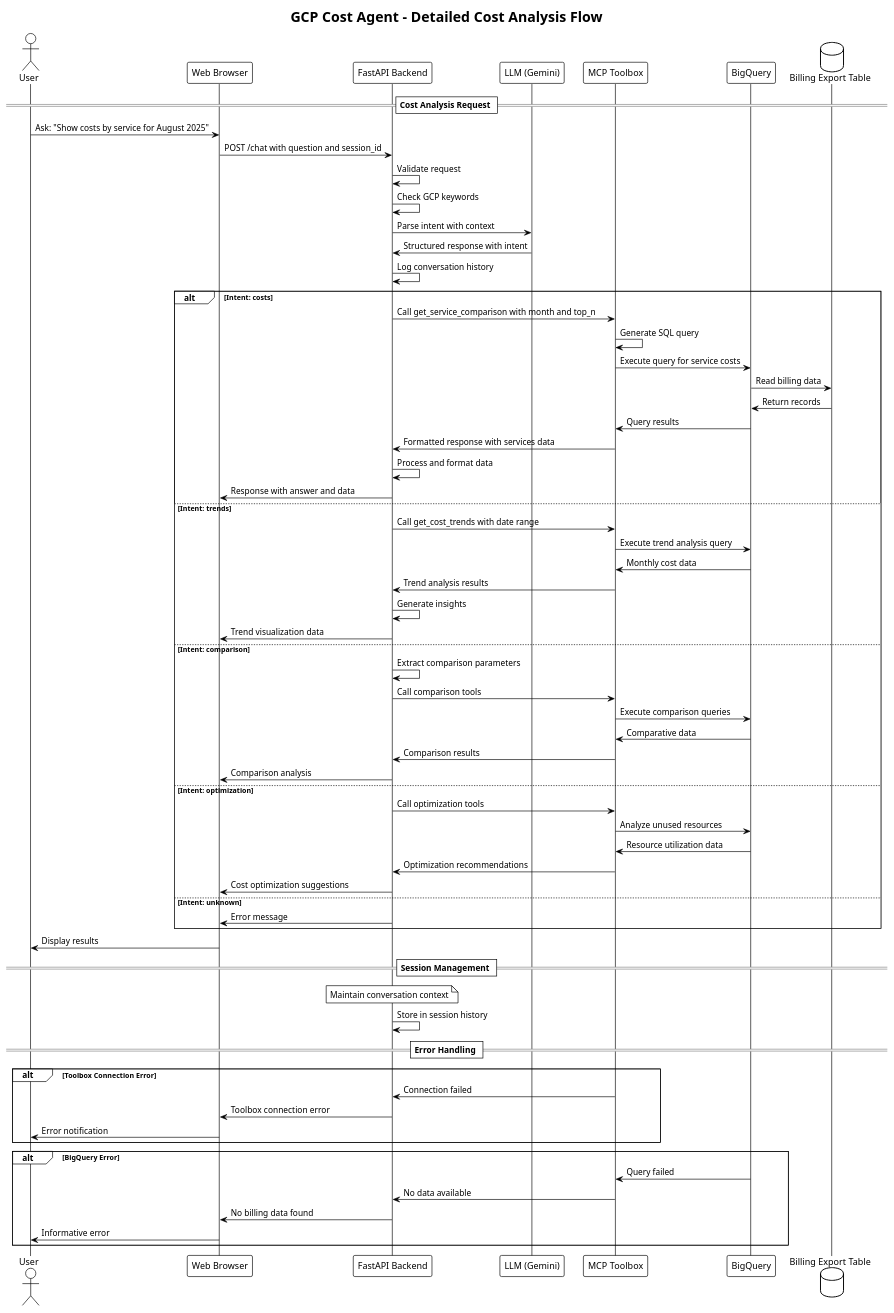
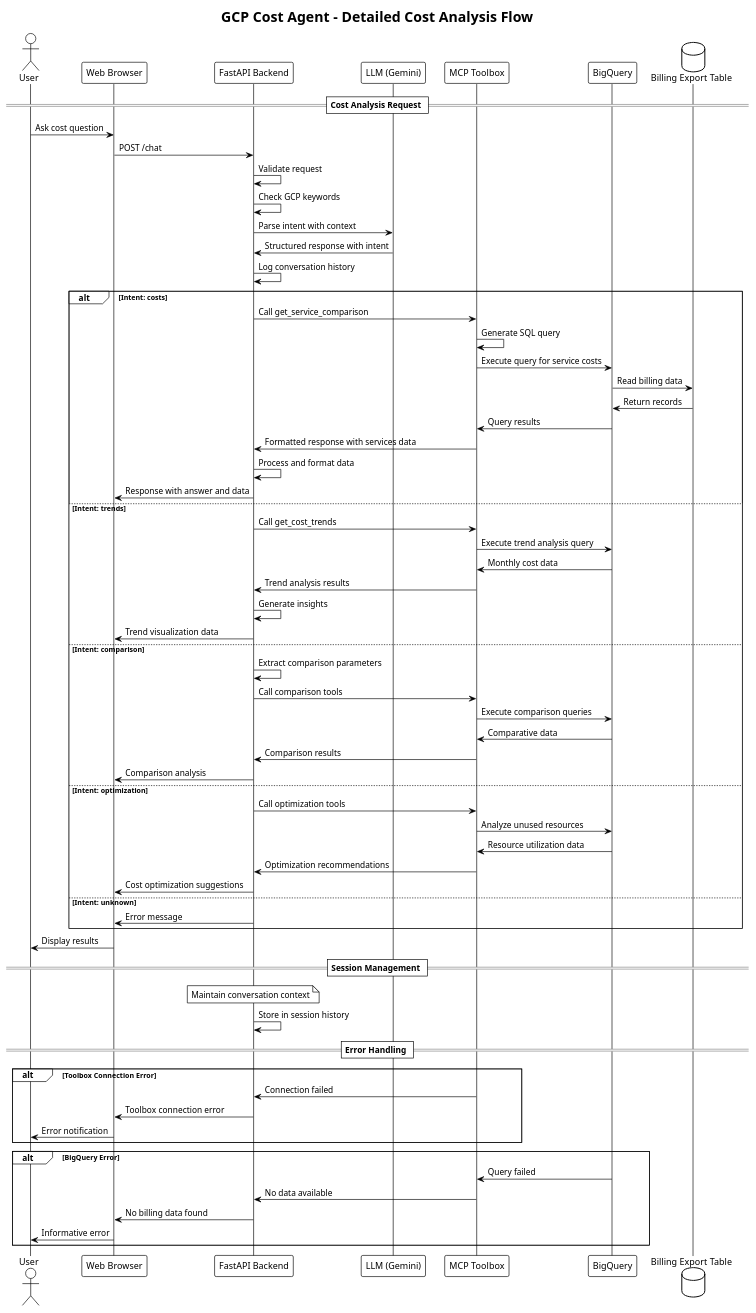
One commit to kirill-demidov/gcp-cost-agent changed the diagram in docs/detailed-flow.puml. Above: the diagram before and after it, drawn with PlantUML. The commit also changed 2 other files, not shown here.

Commit message:
Simplify PlantUML diagrams for better compatibility
- Remove problematic characters and complex formatting
- Simplify participant names and descriptions
- Remove special characters that may cause parsing issues
- Ensure compatibility with online PlantUML servers
- All diagrams now use minimal, clean syntax

```diff
--- a/docs/detailed-flow.puml
+++ b/docs/detailed-flow.puml
@@ -1,90 +1,90 @@
-@startuml Detailed Flow - Cost Analysis
+@startuml
 !theme plain
 title GCP Cost Agent - Detailed Cost Analysis Flow
 
 actor User
 participant "Web Browser" as Browser
 participant "FastAPI Backend" as API
 participant "LLM (Gemini)" as LLM
 participant "MCP Toolbox" as Toolbox
 participant "BigQuery" as BQ
 database "Billing Export Table" as BillingTable
 
 == Cost Analysis Request ==
 
-User -> Browser: Ask: "Show costs by service for August 2025"
-Browser -> API: POST /chat with question and session_id
+User -> Browser: Ask cost question
+Browser -> API: POST /chat
 
 API -> API: Validate request
 API -> API: Check GCP keywords
 API -> LLM: Parse intent with context
 
 LLM -> API: Structured response with intent
 API -> API: Log conversation history
 
 alt Intent: costs
-  API -> Toolbox: Call get_service_comparison with month and top_n
+  API -> Toolbox: Call get_service_comparison
   
   Toolbox -> Toolbox: Generate SQL query
   Toolbox -> BQ: Execute query for service costs
   
   BQ -> BillingTable: Read billing data
   BillingTable -> BQ: Return records
   BQ -> Toolbox: Query results
   
   Toolbox -> API: Formatted response with services data
   
   API -> API: Process and format data
   API -> Browser: Response with answer and data
   
 else Intent: trends
-  API -> Toolbox: Call get_cost_trends with date range
+  API -> Toolbox: Call get_cost_trends
   
   Toolbox -> BQ: Execute trend analysis query
   BQ -> Toolbox: Monthly cost data
   Toolbox -> API: Trend analysis results
   API -> API: Generate insights
   API -> Browser: Trend visualization data
   
 else Intent: comparison
   API -> API: Extract comparison parameters
   API -> Toolbox: Call comparison tools
   Toolbox -> BQ: Execute comparison queries
   BQ -> Toolbox: Comparative data
   Toolbox -> API: Comparison results
   API -> Browser: Comparison analysis
   
 else Intent: optimization
   API -> Toolbox: Call optimization tools
   Toolbox -> BQ: Analyze unused resources
   BQ -> Toolbox: Resource utilization data
   Toolbox -> API: Optimization recommendations
   API -> Browser: Cost optimization suggestions
   
 else Intent: unknown
   API -> Browser: Error message
 end
 
 Browser -> User: Display results
 
 == Session Management ==
 
 note over API: Maintain conversation context
 API -> API: Store in session history
 
 == Error Handling ==
 
 alt Toolbox Connection Error
   Toolbox -> API: Connection failed
   API -> Browser: Toolbox connection error
   Browser -> User: Error notification
 end
 
 alt BigQuery Error
   BQ -> Toolbox: Query failed
   Toolbox -> API: No data available
   API -> Browser: No billing data found
   Browser -> User: Informative error
 end
 
 @enduml
```
